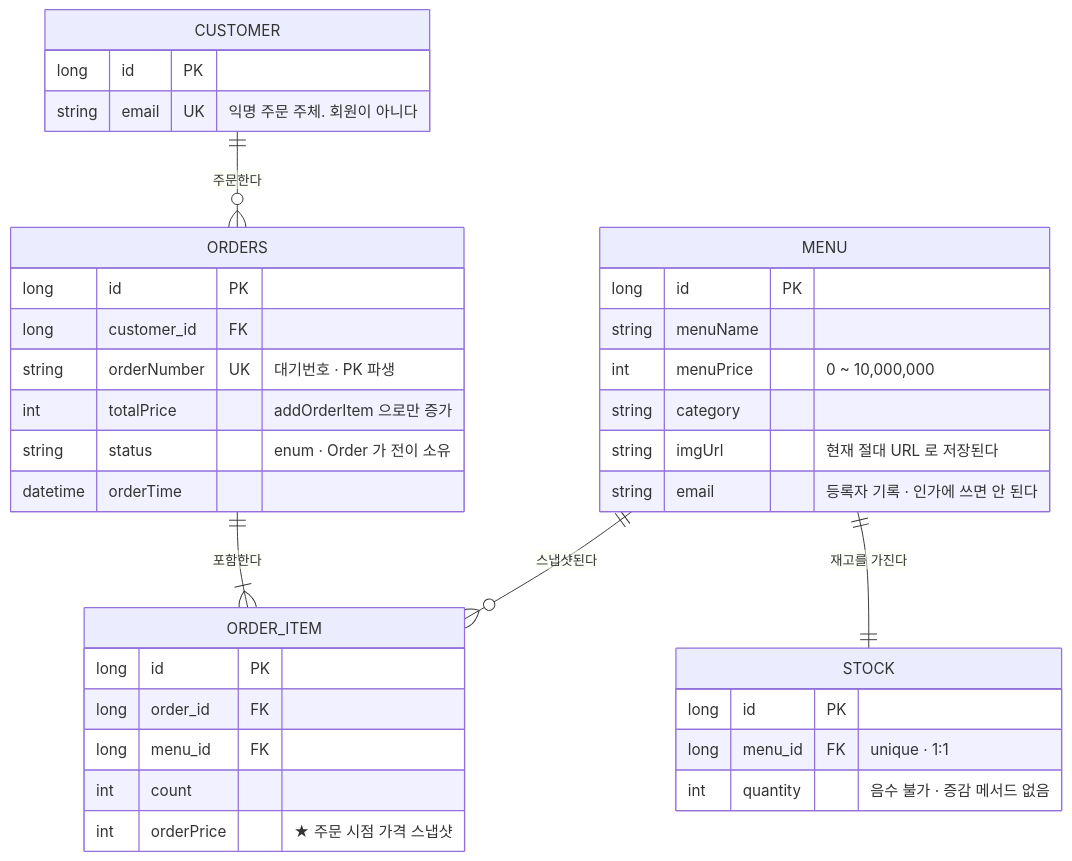
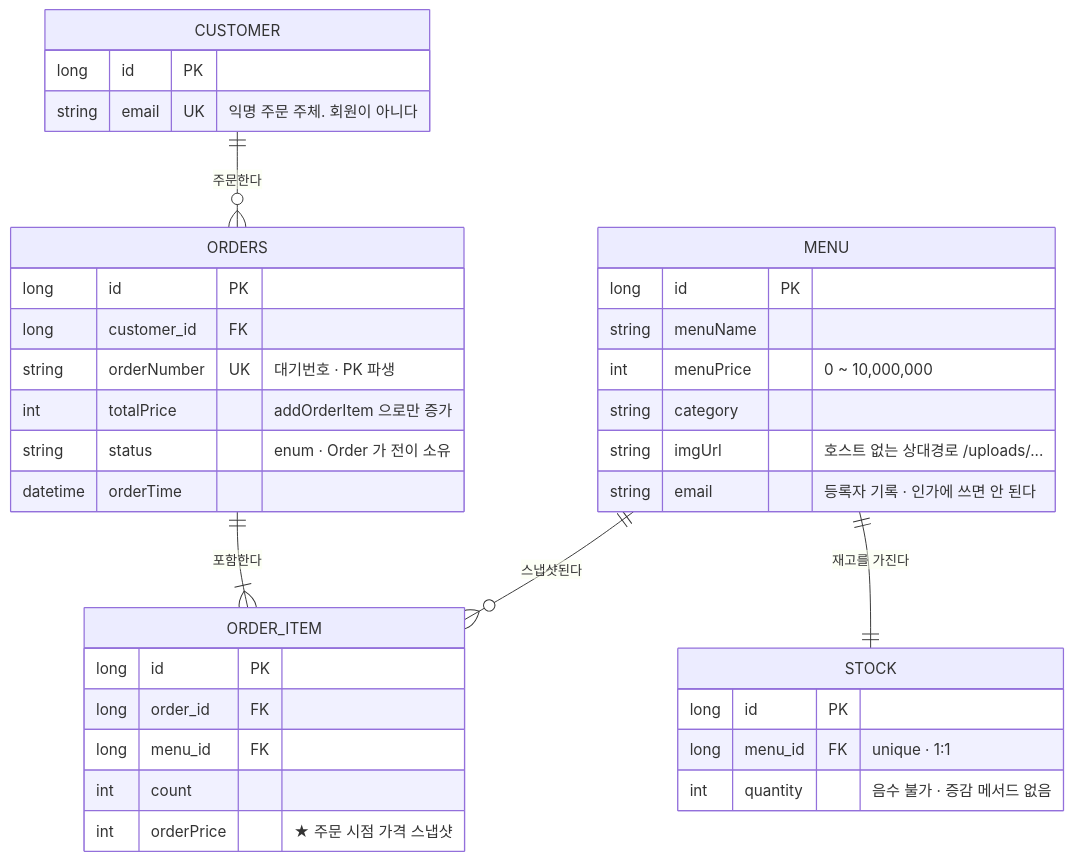
The ninth of 9 diagrams in docs/design/architecture.md (hhyukk/cafe-kiosk), drawn with Mermaid before and after one commit. The commit also changed other lines of this file and 5 other files, not shown here.

````diff
--- a/docs/design/architecture.md
+++ b/docs/design/architecture.md
@@ -445,40 +444,40 @@
 ```mermaid
 erDiagram
     CUSTOMER ||--o{ ORDERS : "주문한다"
     ORDERS ||--|{ ORDER_ITEM : "포함한다"
     MENU ||--o{ ORDER_ITEM : "스냅샷된다"
     MENU ||--|| STOCK : "재고를 가진다"
 
     CUSTOMER {
         long id PK
         string email UK "익명 주문 주체. 회원이 아니다"
     }
     ORDERS {
         long id PK
         long customer_id FK
         string orderNumber UK "대기번호 · PK 파생"
         int totalPrice "addOrderItem 으로만 증가"
         string status "enum · Order 가 전이 소유"
         datetime orderTime
     }
     ORDER_ITEM {
         long id PK
         long order_id FK
         long menu_id FK
         int count
         int orderPrice "★ 주문 시점 가격 스냅샷"
     }
     MENU {
         long id PK
         string menuName
         int menuPrice "0 ~ 10,000,000"
         string category
-        string imgUrl "현재 절대 URL 로 저장된다"
+        string imgUrl "호스트 없는 상대경로 /uploads/..."
         string email "등록자 기록 · 인가에 쓰면 안 된다"
     }
     STOCK {
         long id PK
         long menu_id FK "unique · 1:1"
         int quantity "음수 불가 · 증감 메서드 없음"
     }
 ```
````
